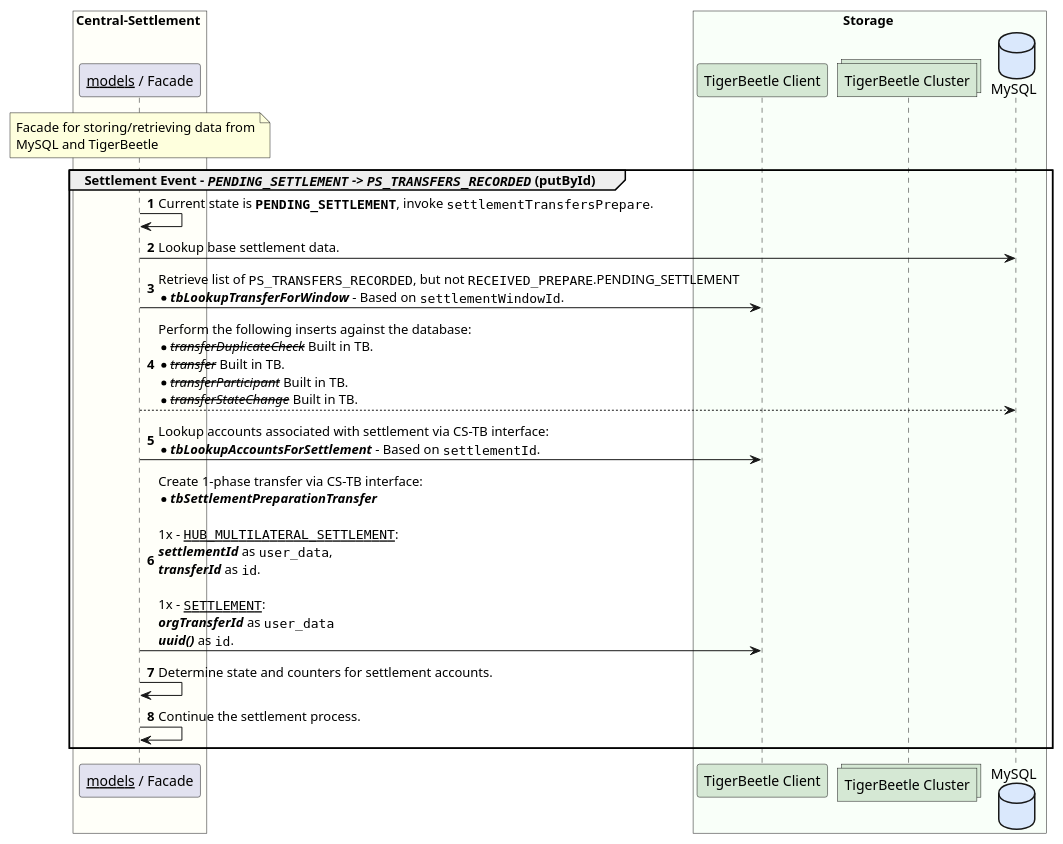
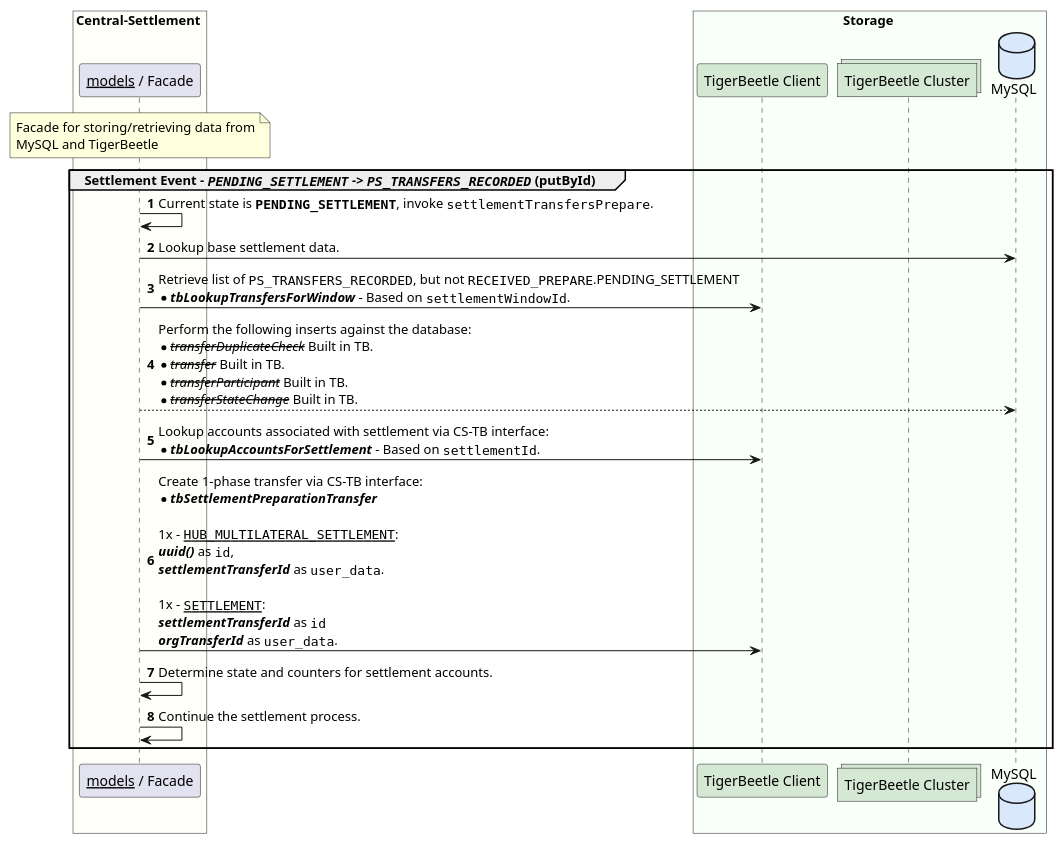
The diagram in solution_design/sequence-settlement-tb-enabled-update-by-id-01.puml (coilhq/mucoa), drawn with PlantUML before and after one commit. The commit also changed 6 other files, not shown here.

Commit message:
Updated sequence diagrams for settlement. Each of the 3 states completed.

```diff
--- a/solution_design/sequence-settlement-tb-enabled-update-by-id-01.puml
+++ b/solution_design/sequence-settlement-tb-enabled-update-by-id-01.puml
@@ -1,30 +1,30 @@
 @startuml
 
 box Central-Settlement #FFFFF9
     participant "__models__ / Facade" as cs_facade
 
     note over cs_facade
         Facade for storing/retrieving data from
         MySQL and TigerBeetle
     end note
 end box
 
 box Storage #F9FFF9
 	participant "TigerBeetle Client" as tb_client #D5E8D4
 	collections "TigerBeetle Cluster" as tb_nodes #D5E8D4
 	database "MySQL" as cl_db #DAE8FC
 end box
 
 autonumber
 group Settlement Event - //""PENDING_SETTLEMENT"" -> ""PS_TRANSFERS_RECORDED""// (putById)
     cs_facade -> cs_facade : Current state is **""PENDING_SETTLEMENT""**, invoke ""settlementTransfersPrepare"".
     cs_facade -> cl_db : Lookup base settlement data.
-    cs_facade -> tb_client : Retrieve list of ""PS_TRANSFERS_RECORDED"", but not ""RECEIVED_PREPARE"".PENDING_SETTLEMENT \n*//**tbLookupTransferForWindow**// - Based on ""settlementWindowId"".
+    cs_facade -> tb_client : Retrieve list of ""PS_TRANSFERS_RECORDED"", but not ""RECEIVED_PREPARE"".PENDING_SETTLEMENT \n*//**tbLookupTransfersForWindow**// - Based on ""settlementWindowId"".
     cs_facade --> cl_db : Perform the following inserts against the database:\n*--//transferDuplicateCheck//-- Built in TB.\n*--//transfer//-- Built in TB.\n*--//transferParticipant//-- Built in TB.\n*--//transferStateChange//-- Built in TB.
     cs_facade -> tb_client : Lookup accounts associated with settlement via CS-TB interface:\n*//**tbLookupAccountsForSettlement**// - Based on ""settlementId"".
-    cs_facade -> tb_client : Create 1-phase transfer via CS-TB interface:\n*//**tbSettlementPreparationTransfer**//\n\n1x - __""HUB_MULTILATERAL_SETTLEMENT""__:\n**//settlementId//** as ""user_data"", \n**//transferId//** as ""id"".\n\n1x - __""SETTLEMENT""__:\n**//orgTransferId//** as ""user_data""\n**//uuid()//** as ""id"".
+    cs_facade -> tb_client : Create 1-phase transfer via CS-TB interface:\n*//**tbSettlementPreparationTransfer**//\n\n1x - __""HUB_MULTILATERAL_SETTLEMENT""__:\n**//uuid()//** as ""id"",\n**//settlementTransferId//** as ""user_data"".\n\n1x - __""SETTLEMENT""__:\n**//settlementTransferId//** as ""id""\n**//orgTransferId//** as ""user_data"".
     cs_facade -> cs_facade : Determine state and counters for settlement accounts.
     cs_facade -> cs_facade : Continue the settlement process.
 end
 
 @enduml
```
